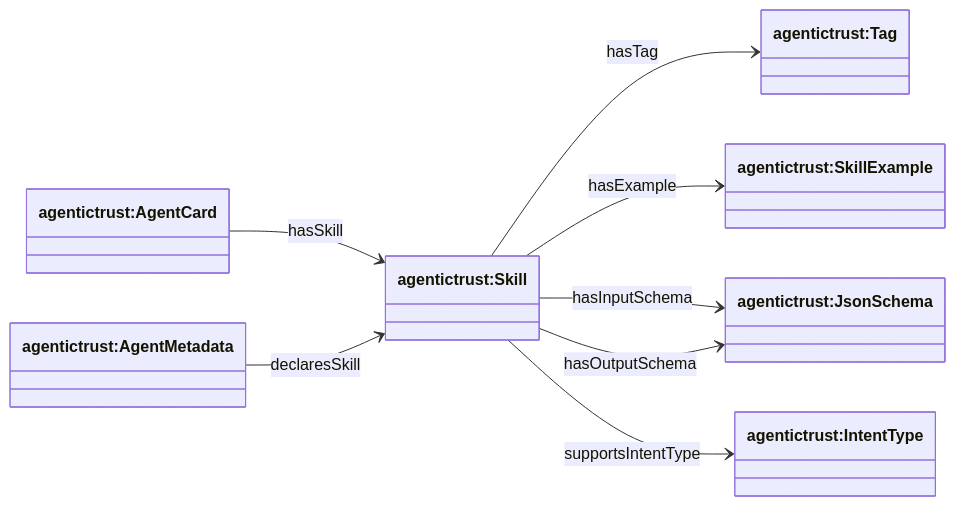
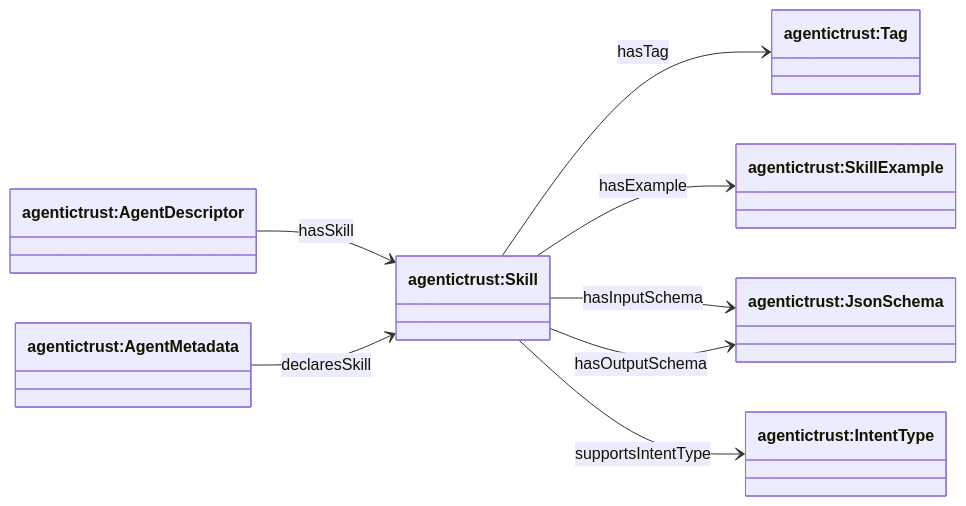
One commit to Agentic-Trust-Layer/agent-explorer changed the first of 3 diagrams in docs/ontology/skills.md. Above: the diagram before and after it, drawn with Mermaid. The commit also changed 47 other files, not shown here.

Commit message:
update to agent descriptor

````diff
--- a/docs/ontology/skills.md
+++ b/docs/ontology/skills.md
@@ -15,21 +15,21 @@
 ```mermaid
 classDiagram
 direction LR
 
-class AgentCard["agentictrust:AgentCard"]
+class AgentDescriptor["agentictrust:AgentDescriptor"]
 class AgentMetadata["agentictrust:AgentMetadata"]
 class Skill["agentictrust:Skill"]
 class Tag["agentictrust:Tag"]
 class SkillExample["agentictrust:SkillExample"]
 class JsonSchema["agentictrust:JsonSchema"]
 class IntentType["agentictrust:IntentType"]
 
-AgentCard --> Skill : hasSkill
+AgentDescriptor --> Skill : hasSkill
 AgentMetadata --> Skill : declaresSkill
 
 Skill --> Tag : hasTag
 Skill --> SkillExample : hasExample
 Skill --> JsonSchema : hasInputSchema
 Skill --> JsonSchema : hasOutputSchema
 Skill --> IntentType : supportsIntentType
 ```
````
